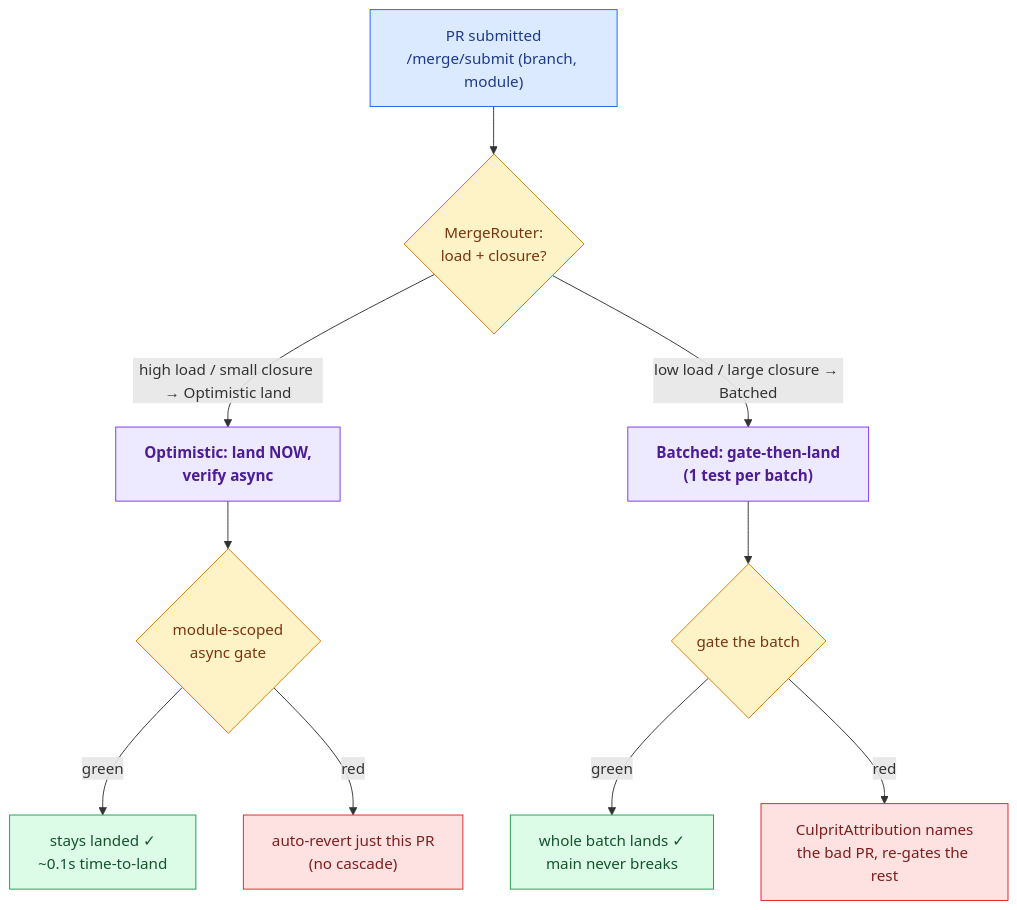
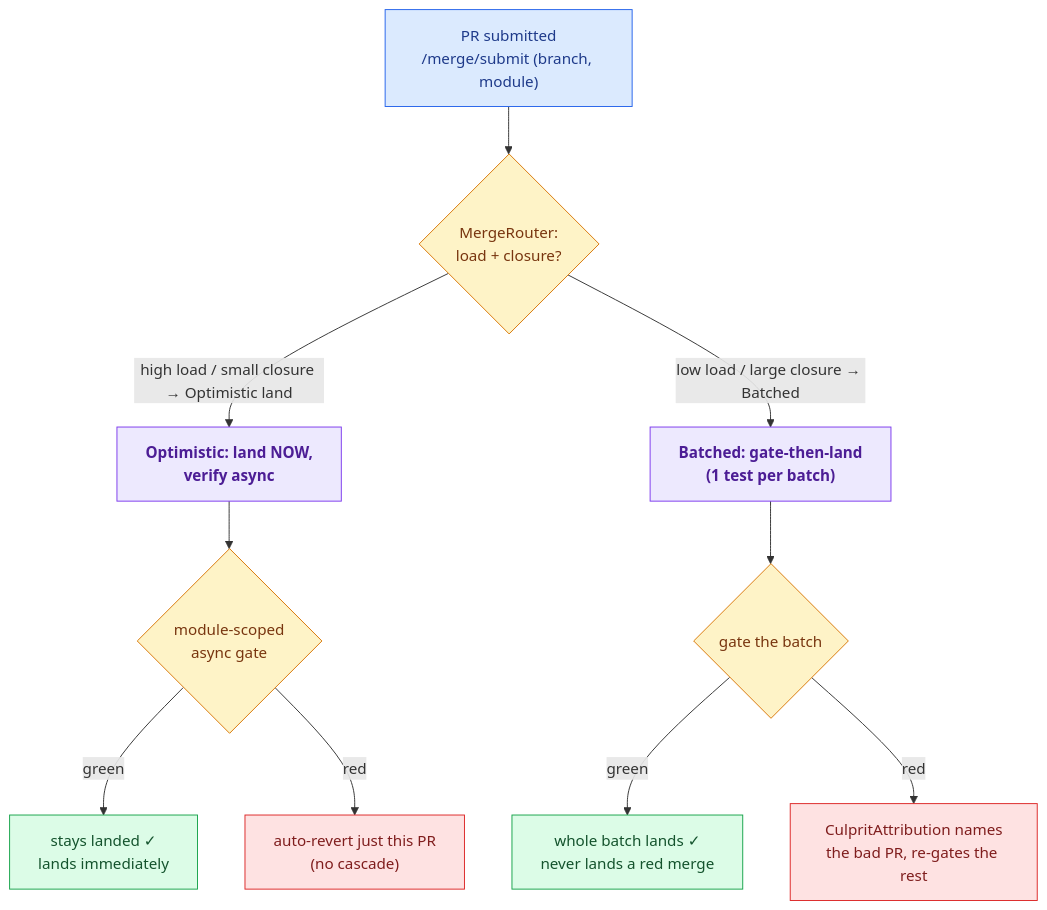
One commit to alexanderpaquette-byte/arxael changed the ninth of 9 diagrams in docs/OVERVIEW.md. Above: the diagram before and after it, drawn with Mermaid. The commit also changed other lines of this file and 64 other files, not shown here.

````diff
--- a/docs/OVERVIEW.md
+++ b/docs/OVERVIEW.md
@@ -289,21 +289,21 @@
 ```mermaid
 flowchart TB
     pr["PR submitted<br/>/merge/submit (branch, module)"]:::agent --> router{"MergeRouter:<br/>load + closure?"}:::gate
 
     router -->|"high load / small closure → Optimistic land"| opt["Optimistic: land NOW,<br/>verify async"]:::core
     router -->|"low load / large closure → Batched"| batch["Batched: gate-then-land<br/>(1 test per batch)"]:::core
 
     opt --> ascan{"module-scoped<br/>async gate"}:::gate
-    ascan -->|green| done1["stays landed ✓<br/>~0.1s time-to-land"]:::good
+    ascan -->|green| done1["stays landed ✓<br/>lands immediately"]:::good
     ascan -->|red| revert["auto-revert just this PR<br/>(no cascade)"]:::bad
 
     batch --> bgate{"gate the batch"}:::gate
-    bgate -->|green| done2["whole batch lands ✓<br/>main never breaks"]:::good
+    bgate -->|green| done2["whole batch lands ✓<br/>never lands a red merge"]:::good
     bgate -->|red| culprit["CulpritAttribution names<br/>the bad PR, re-gates the rest"]:::bad
 
     classDef agent fill:#dbeafe,stroke:#2563eb,color:#1e3a8a
     classDef gate fill:#fef3c7,stroke:#d97706,color:#78350f
     classDef core fill:#ede9fe,stroke:#7c3aed,color:#4c1d95,font-weight:bold
     classDef good fill:#dcfce7,stroke:#16a34a,color:#14532d
     classDef bad fill:#fee2e2,stroke:#dc2626,color:#7f1d1d
 ```
````
